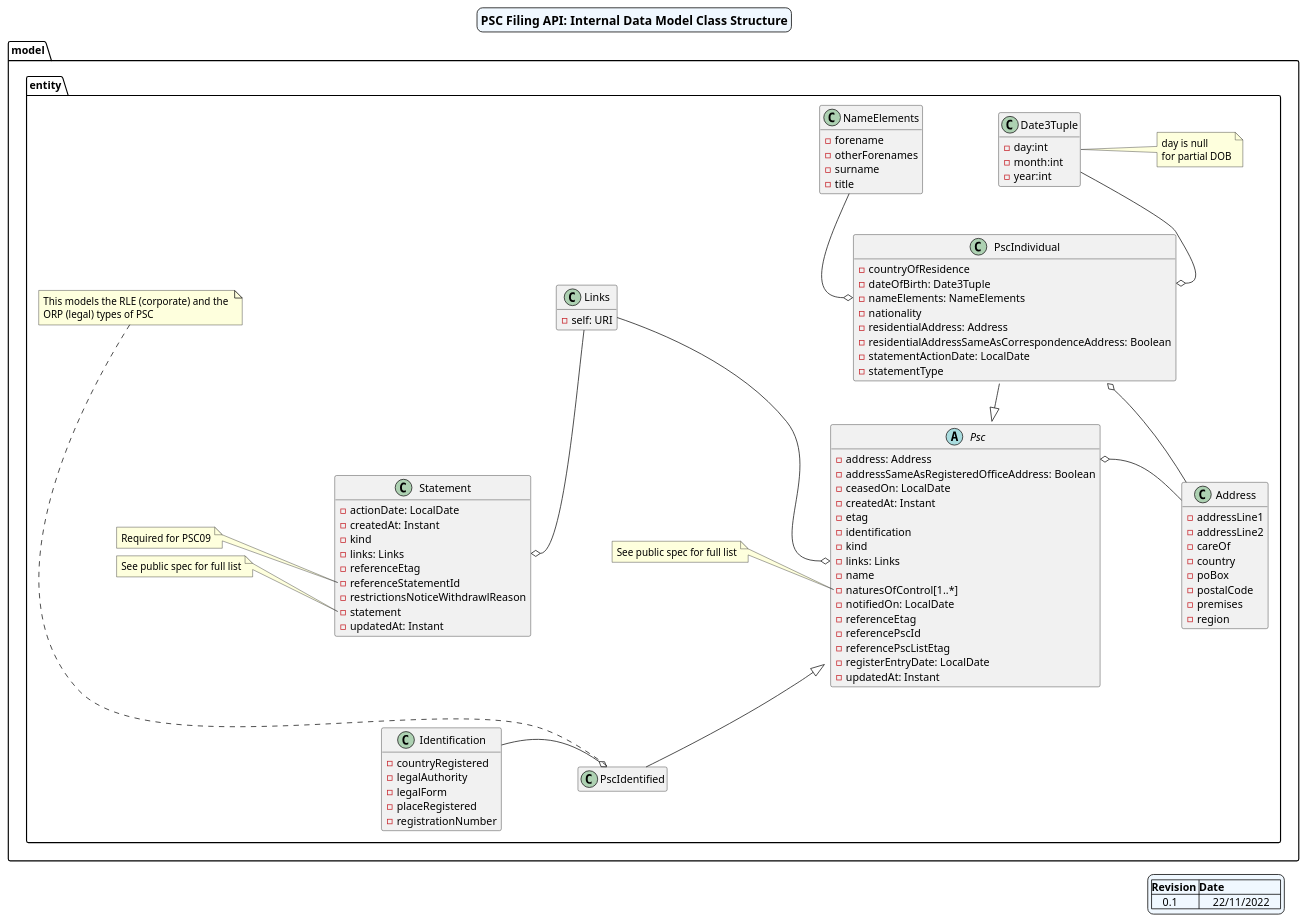
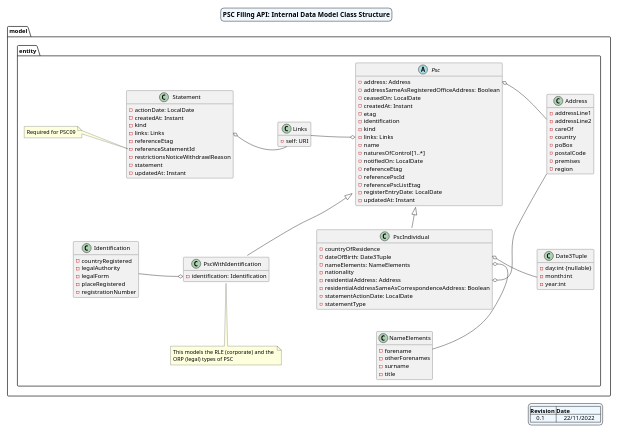
Before and after one commit to companieshouse/psc-filing-api: the diagram in docs/Internal Data Model of PSC Classes.puml, drawn with PlantUML.

Commit message:
Reformatted

```diff
--- a/docs/Internal Data Model of PSC Classes.puml
+++ b/docs/Internal Data Model of PSC Classes.puml
@@ -1,157 +1,141 @@
 @startuml
 skinparam linetype poly
 skinparam nodesep 100 /' horizontal separator '/
 skinparam ranksep 50 /' vertical separator '/
 skinparam titleBorderRoundCorner 15
 skinparam titleBorderThickness 1
 skinparam titleBorderColor black
 skinparam titleBackgroundColor AliceBlue
 skinparam groupInheritance 1
-scale 1
+scale 800 width
 hide empty members
 'hide circle'
 skinparam titleFontSize 16
 skinparam legendBackgroundColor AliceBlue
 
 title PSC Filing API: Internal Data Model Class Structure
 legend right
 |=Revision |=Date |
 |    0.1    |     22/11/2022    |
 end legend
 
     package "model" {
 
         package "entity" {
 
             class Address {
                 -addressLine1
                 -addressLine2
                 -careOf
                 -country
                 -poBox
                 -postalCode
                 -premises
                 -region
             }
 
             class Date3Tuple {
-                -day:int
+                -day:int {nullable}
                 -month:int
                 -year:int
             }
-            note right of Date3Tuple
+/'            note right of Date3Tuple
                day is null
                for partial DOB
-            end note
+            end note'/
 
             class Identification {
                 -countryRegistered
                 -legalAuthority
                 -legalForm
                 -placeRegistered
                 -registrationNumber
             }
 
             class NameElements {
                 -forename
                 -otherForenames
                 -surname
                 -title
             }
 
-            class Links {
-                -self: URI
+            class Statement {
+                -actionDate: LocalDate
+                -createdAt: Instant
+                -kind
+                -links: Links
+                -referenceEtag
+                -referenceStatementId
+                -restrictionsNoticeWithdrawlReason
+                -statement
+                -updatedAt: Instant
             }
+
+          note left of Statement::referenceStatementId
+                Required for PSC09
+           end note
+
+/'          note left of Statement::statement
+                See public spec for full list
+           end note'/
 
             abstract class Psc {
                 -address: Address
                 -addressSameAsRegisteredOfficeAddress: Boolean
                 -ceasedOn: LocalDate
                 -createdAt: Instant
                 -etag
                 -identification
                 -kind
                 -links: Links
                 -name
                 -naturesOfControl[1..*]
                 -notifiedOn: LocalDate
                 -referenceEtag
                 -referencePscId
                 -referencePscListEtag
                 -registerEntryDate: LocalDate
                 -updatedAt: Instant
             }
 
-           note left of Psc::naturesOfControl
-                See public spec for full list
-            end note
-
             class PscIndividual {
                 -countryOfResidence
                 -dateOfBirth: Date3Tuple
                 -nameElements: NameElements
                 -nationality
                 -residentialAddress: Address
                 -residentialAddressSameAsCorrespondenceAddress: Boolean
                 -statementActionDate: LocalDate
                 -statementType
             }
 
-            class PscIdentified {
-            }
-           note "This models the RLE (corporate) and the \nORP (legal) types of PSC" as Note1
-           Note1 ... PscIdentified
-
-            class Statement {
-                -actionDate: LocalDate
-                -createdAt: Instant
-                -kind
-                -links: Links
-                -referenceEtag
-                -referenceStatementId
-                -restrictionsNoticeWithdrawlReason
-                -statement
-                -updatedAt: Instant
+            class PscWithIdentification {
+                -identification: Identification
             }
 
+          note "This models the RLE (corporate) and the \nORP (legal) types of PSC" as Note1
 
-          note left of Statement::referenceStatementId
-                Required for PSC09
-           end note
+          PscWithIdentification .. Note1
 
-          note left of Statement::statement
-                See public spec for full list
-           end note
-
-           Identification -[hidden] PscIdentified
-
-/'            Date3Tuple -[hidden] Address
-           Links -[hidden] Statement
-            PscIndividual -[hidden] PscIdentified
-
-            together {
-                class PscIndividual
-                class PscIdentified
+            class Links {
+                -self: URI
             }
 
-            together {
-                class Address
-                class Date3Tuple
-                class Identification
-                class NameElements
-            }'/
+/'           note left of Psc::naturesOfControl
+                See public spec for full list
+            end note'/
 
-            Psc::address o-l- Address
-            PscIndividual::residential_address o-- Address
-            PscIndividual::dateOfBirth o-u- Date3Tuple
-            PscIdentified o-u- Identification
-            Psc::links o-u- Links
-            Statement::links o-u- Links
-            PscIndividual::nameElements o-u- NameElements
             Psc <|-- PscIndividual
-            Psc <|-- PscIdentified
+            Psc <|-- PscWithIdentification
+            PscIndividual::nameElements o-- NameElements
+            Identification -o PscWithIdentification::identification
+            Psc::address o- Address
+            Address --o PscIndividual::residentialAddress
+            PscIndividual::dateOfBirth o- Date3Tuple
+            Links -o Psc::links
+            Statement::links o- Links
+
         }
     }
 
-
 @enduml
```
